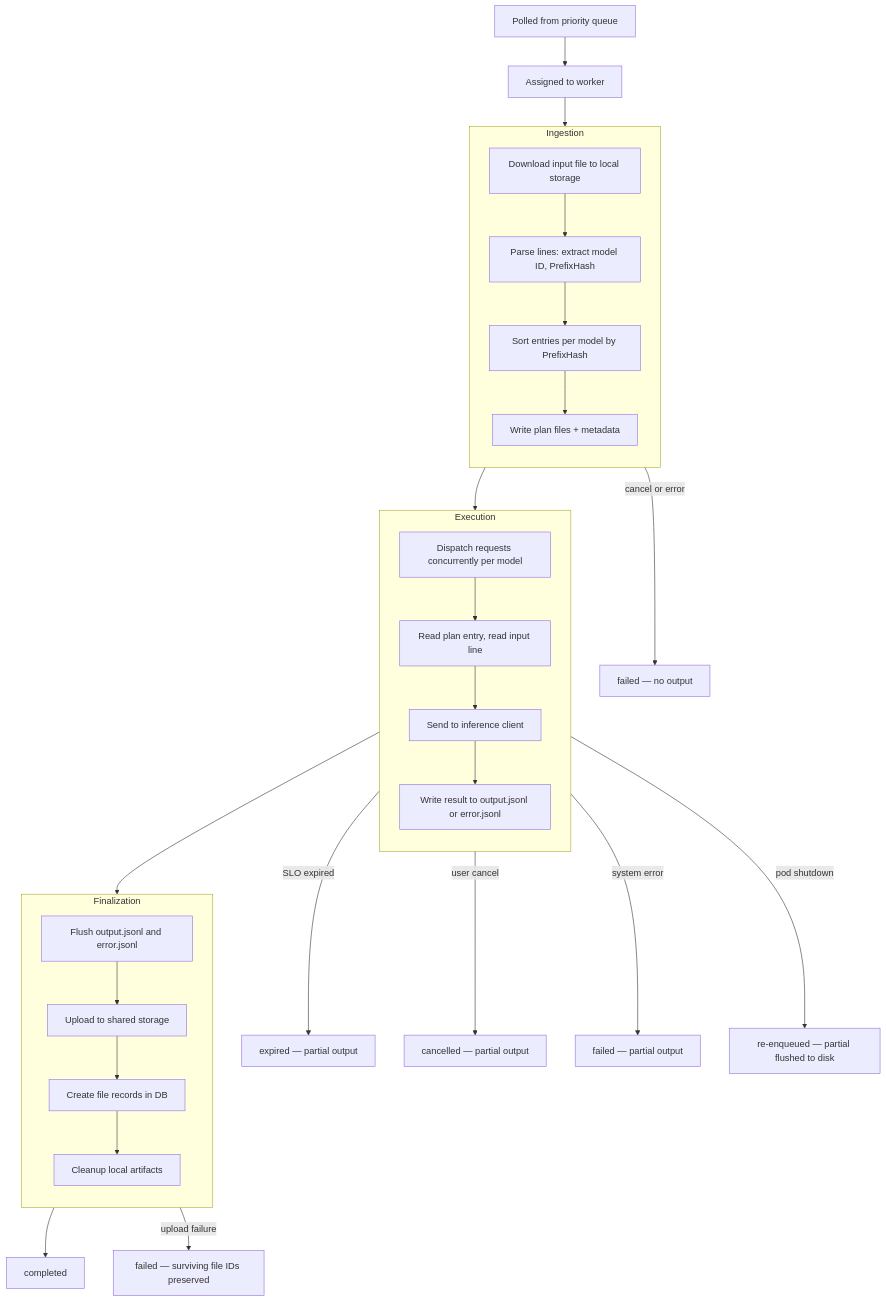
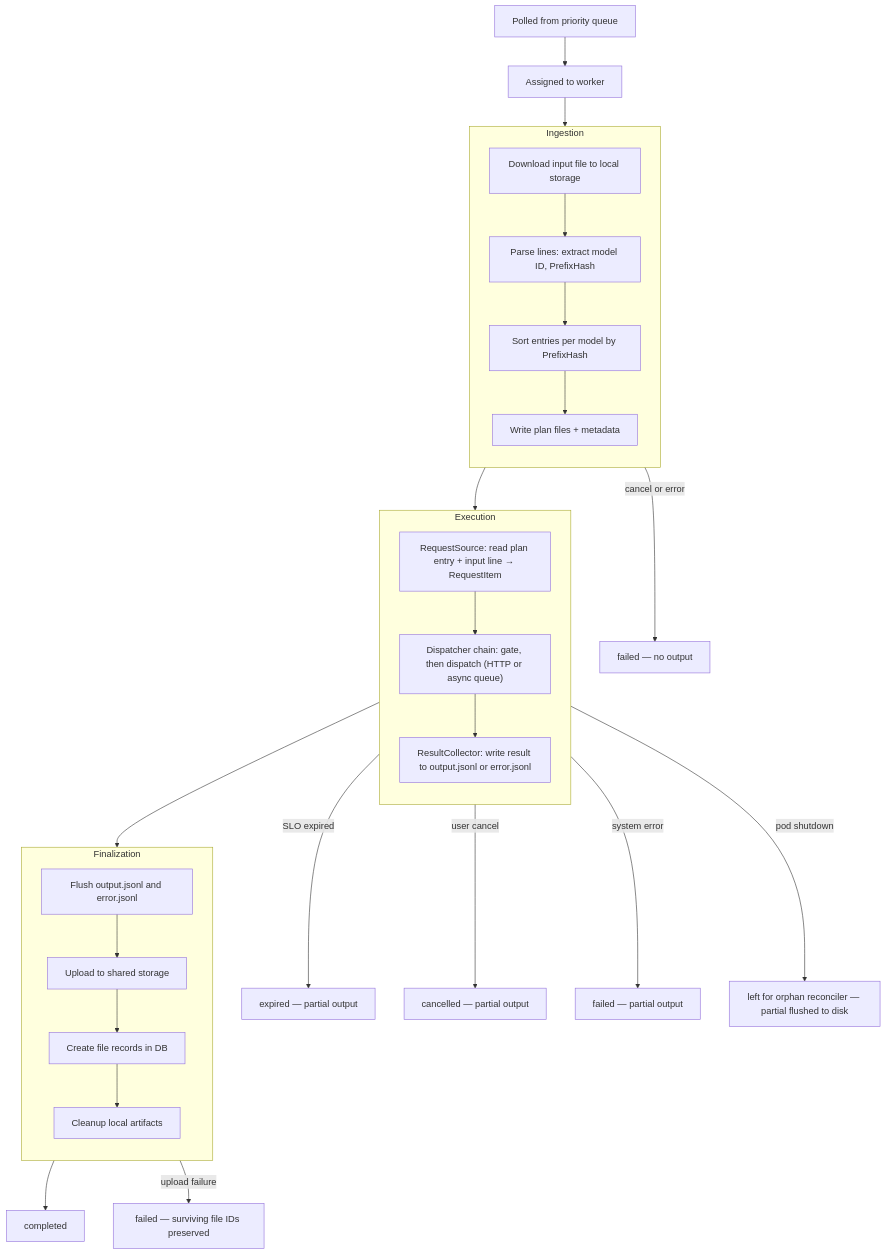
The first of 4 diagrams in docs/design/batch_processor_architecture.md (llm-d-incubation/batch-gateway), drawn with Mermaid before and after one commit. The commit also changed other lines of this file and 1 other file, not shown here.

````diff
--- a/docs/design/batch_processor_architecture.md
+++ b/docs/design/batch_processor_architecture.md
@@ -129,42 +129,41 @@
 ```mermaid
 flowchart TD
     poll["Polled from priority queue"] --> assign["Assigned to worker"]
     assign --> phase1
 
     subgraph phase1 ["Ingestion"]
         direction TB
         download["Download input file to local storage"]
         download --> parsePlan["Parse lines: extract model ID, PrefixHash"]
         parsePlan --> sort["Sort entries per model by PrefixHash"]
         sort --> writePlans["Write plan files + metadata"]
     end
 
     phase1 --> phase2
 
     subgraph phase2 ["Execution"]
         direction TB
-        dispatch["Dispatch requests concurrently per model"]
-        dispatch --> readPlan["Read plan entry, read input line"]
-        readPlan --> sendInfer["Send to inference client"]
-        sendInfer --> writeResult["Write result to output.jsonl or error.jsonl"]
+        source["RequestSource: read plan entry + input line → RequestItem"]
+        source --> dispatch["Dispatcher chain: gate, then dispatch (HTTP or async queue)"]
+        dispatch --> collect["ResultCollector: write result to output.jsonl or error.jsonl"]
     end
 
     phase2 --> phase3
 
     subgraph phase3 ["Finalization"]
         direction TB
         flushFiles["Flush output.jsonl and error.jsonl"]
         flushFiles --> uploadFiles["Upload to shared storage"]
         uploadFiles --> createRecords["Create file records in DB"]
         createRecords --> cleanupLocal["Cleanup local artifacts"]
     end
 
     phase3 --> completedState["completed"]
 
     phase1 -->|"cancel or error"| failedNoOutput["failed — no output"]
     phase2 -->|"SLO expired"| expiredState["expired — partial output"]
     phase2 -->|"user cancel"| cancelledState["cancelled — partial output"]
     phase2 -->|"system error"| failedPartial["failed — partial output"]
-    phase2 -->|"pod shutdown"| reenqueue["re-enqueued — partial flushed to disk"]
+    phase2 -->|"pod shutdown"| reconcile["left for orphan reconciler — partial flushed to disk"]
     phase3 -->|"upload failure"| failedPreserved["failed — surviving file IDs preserved"]
 ```
````
